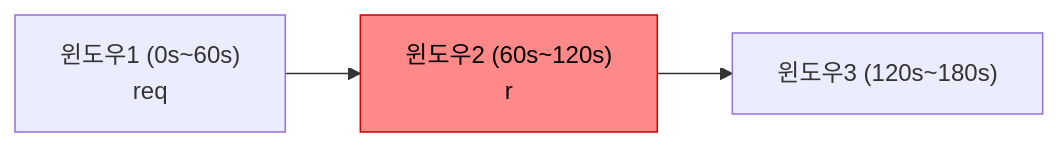
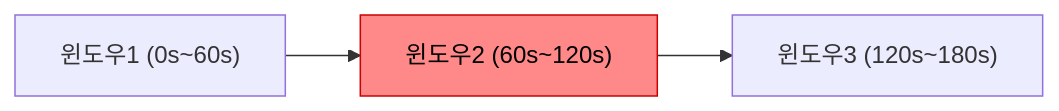
Before and after one commit to yjkim2015/yjkim2015.github.io: the third of 13 diagrams in _posts/spring/2026-05-01-rate-limiting.md, drawn with Mermaid. The commit also changed other lines of this file and 217 other files, not shown here.

First line of the commit message:
Mermaid 크기 수정: useMaxWidth:true + SVG max-width:100% + 라벨 축소

````diff
--- a/_posts/spring/2026-05-01-rate-limiting.md
+++ b/_posts/spring/2026-05-01-rate-limiting.md
@@ -73,8 +73,8 @@
 ```mermaid
 graph LR
-    W1["윈도우1 (0s~60s)\nreq"]
-    W2["윈도우2 (60s~120s)\nr"]
-    W3["윈도우3 (120s~180s)\n"]
+    W1["윈도우1 (0s~60s)"]
+    W2["윈도우2 (60s~120s)"]
+    W3["윈도우3 (120s~180s)"]
     W1 --> W2 --> W3
     style W2 fill:#f88,stroke:#c00,color:#000
 ```
````
